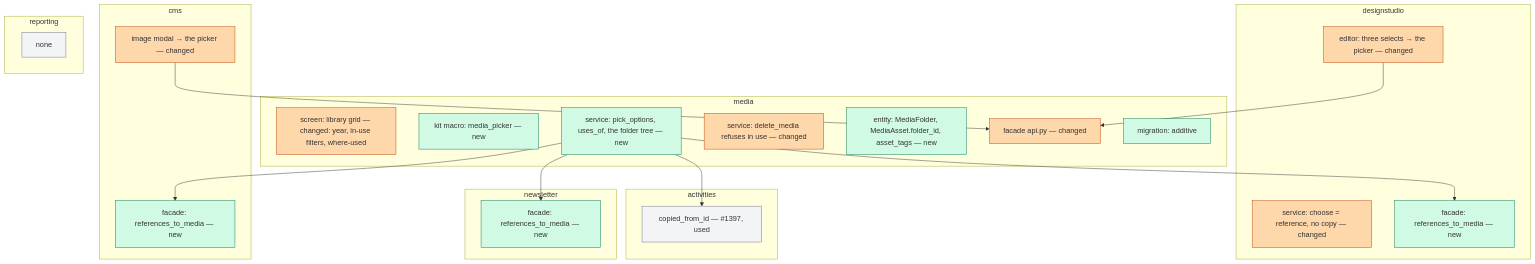
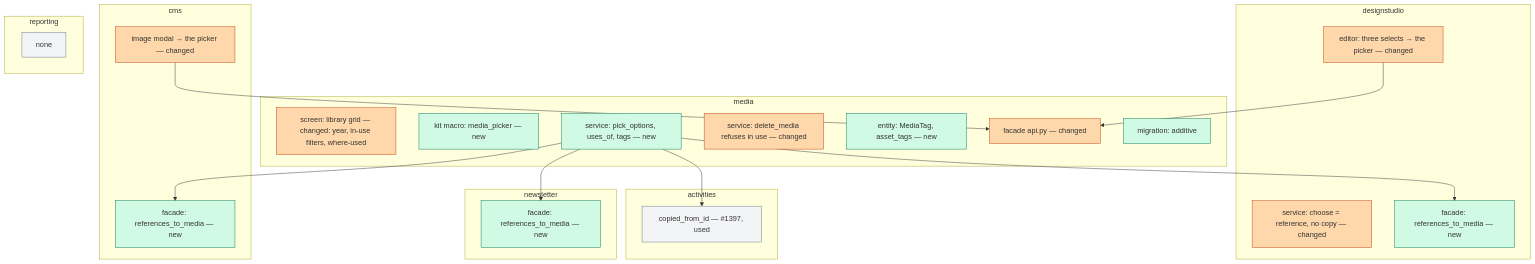
Before and after one commit to KoenRenders/KoenTest: the fourth of 5 diagrams in docs/change_request_15_media_library.md, drawn with Mermaid. The commit also changed other lines of this file, not shown here.

````diff
--- a/docs/change_request_15_media_library.md
+++ b/docs/change_request_15_media_library.md
@@ -267,39 +267,39 @@
 ```mermaid
 flowchart TB
   subgraph media[media]
     m1[screen: library grid — changed: year, in-use filters, where-used]:::chg
     m2[kit macro: media_picker — new]:::new
-    m3[service: pick_options, uses_of, the folder tree — new]:::new
+    m3[service: pick_options, uses_of, tags — new]:::new
     m4[service: delete_media refuses in use — changed]:::chg
-    m5[entity: MediaFolder, MediaAsset.folder_id, asset_tags — new]:::new
+    m5[entity: MediaTag, asset_tags — new]:::new
     m6[facade api.py — changed]:::chg
     m7[migration: additive]:::new
   end
   subgraph ds[designstudio]
     d1[editor: three selects → the picker — changed]:::chg
     d2[service: choose = reference, no copy — changed]:::chg
     d3[facade: references_to_media — new]:::new
   end
   subgraph cms[cms]
     c1[image modal → the picker — changed]:::chg
     c2[facade: references_to_media — new]:::new
   end
   subgraph nl[newsletter]
     n1[facade: references_to_media — new]:::new
   end
   subgraph act[activities]
     a1[copied_from_id — #1397, used]:::used
   end
   subgraph rep[reporting]
     r1[none]:::used
   end
   d1 --> m6
   c1 --> m6
   m3 --> d3
   m3 --> c2
   m3 --> n1
   m3 --> a1
   classDef new fill:#d1fae5,stroke:#047857
   classDef chg fill:#fed7aa,stroke:#c2410c
   classDef used fill:#f3f4f6,stroke:#6b7280
 ```
````
